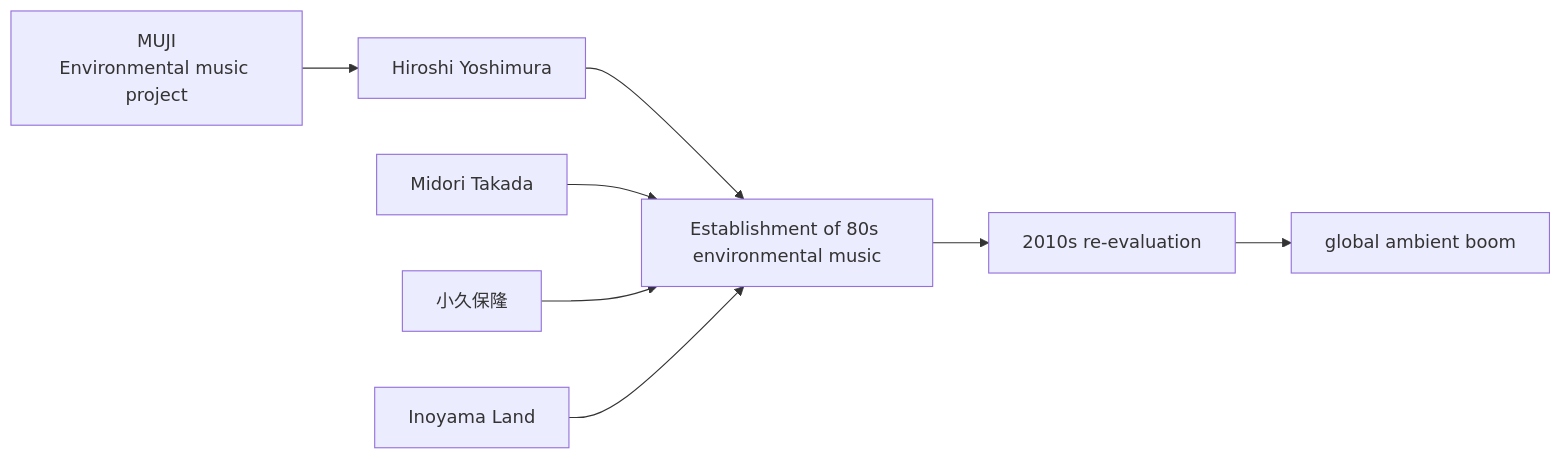
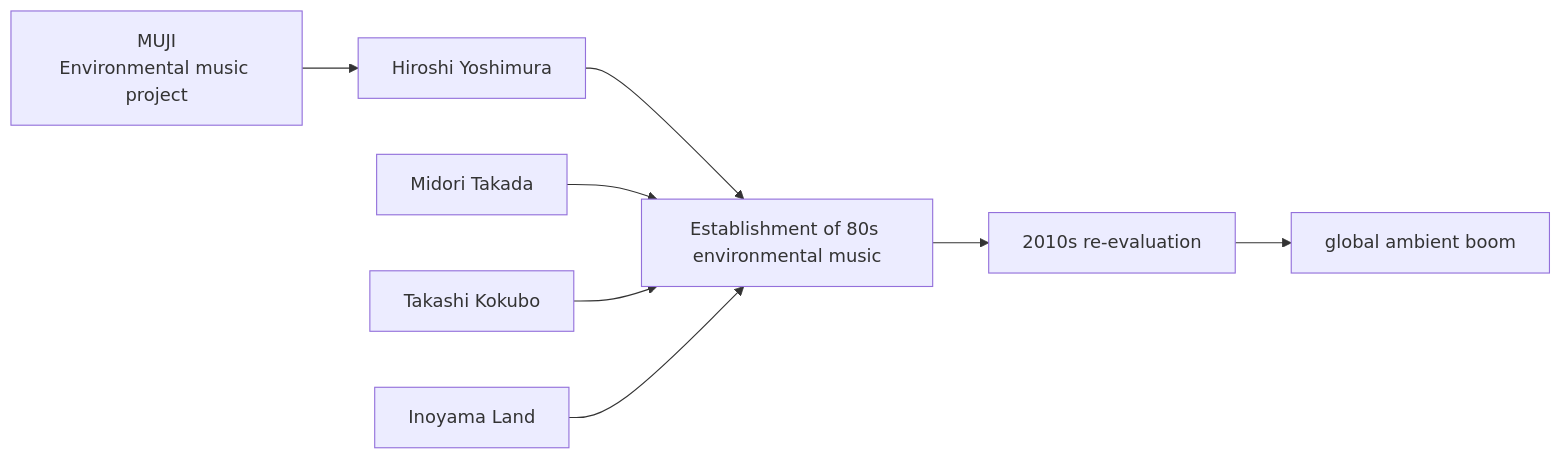
The diagram in en/_posts/2025-11-28-column-japanese-ambient-environmental-music.md (monumental-movement/monumental-movement.github.io), drawn with Mermaid before and after one commit. The commit also changed other lines of this file and 851 other files, not shown here.

```diff
--- a/en/_posts/2025-11-28-column-japanese-ambient-environmental-music.md
+++ b/en/_posts/2025-11-28-column-japanese-ambient-environmental-music.md
@@ -253,10 +253,10 @@
 <div class="mermaid">
 graph LR
     MUJI[MUJI<br>Environmental music project] --> YH[Hiroshi Yoshimura]
     YH --> JP[Establishment of 80s environmental music]
     MT[Midori Takada] --> JP
-    TK[小久保隆] --> JP
+    TK[Takashi Kokubo] --> JP
     INO[Inoyama Land] --> JP
     JP --> RE[2010s re-evaluation]
     RE --> WW[global ambient boom]
 </div>
```
